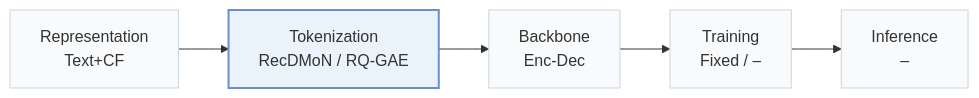
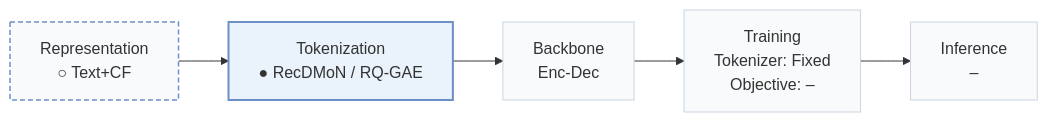
The first of 2 diagrams in pages/papers/gris-recdmon-rq-gae.md (Galaxy-ghost/Awesome-SID-Generative-Rec), drawn with Mermaid before and after one commit. The commit also changed other lines of this file and 558 other files, not shown here.

````diff
--- a/pages/papers/gris-recdmon-rq-gae.md
+++ b/pages/papers/gris-recdmon-rq-gae.md
@@ -15,8 +18,10 @@
 ```mermaid
 flowchart LR
-    R["Representation<br/>Text+CF"] --> T["Tokenization<br/>RecDMoN / RQ-GAE"] --> B["Backbone<br/>Enc-Dec"] --> TR["Training<br/>Fixed / –"] --> I["Inference<br/>–"]
+    R["Representation<br/>○ Text+CF"] --> T["Tokenization<br/>● RecDMoN / RQ-GAE"] --> B["Backbone<br/>Enc-Dec"] --> TR["Training<br/>Tokenizer: Fixed<br/>Objective: –"] --> I["Inference<br/>–"]
     classDef base fill:#f8fafc,stroke:#cbd5e1
     class R,T,B,TR,I base
+    classDef other fill:#f8fafc,stroke:#6b8fc7,stroke-width:1.5px,stroke-dasharray:5 3
+    class R other
     classDef main fill:#eaf2fb,stroke:#6b8fc7,stroke-width:2px
     class T main
 ```
````
